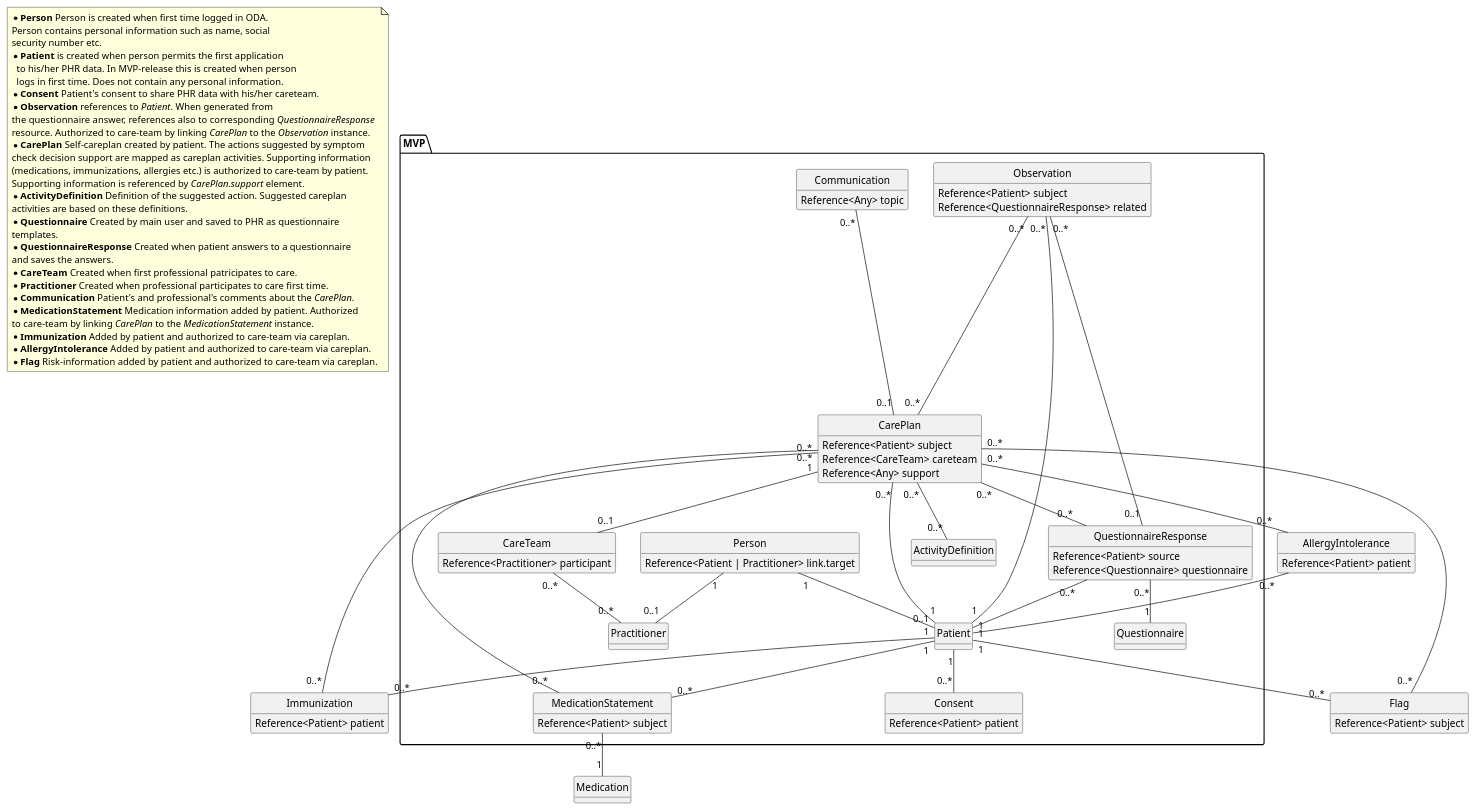
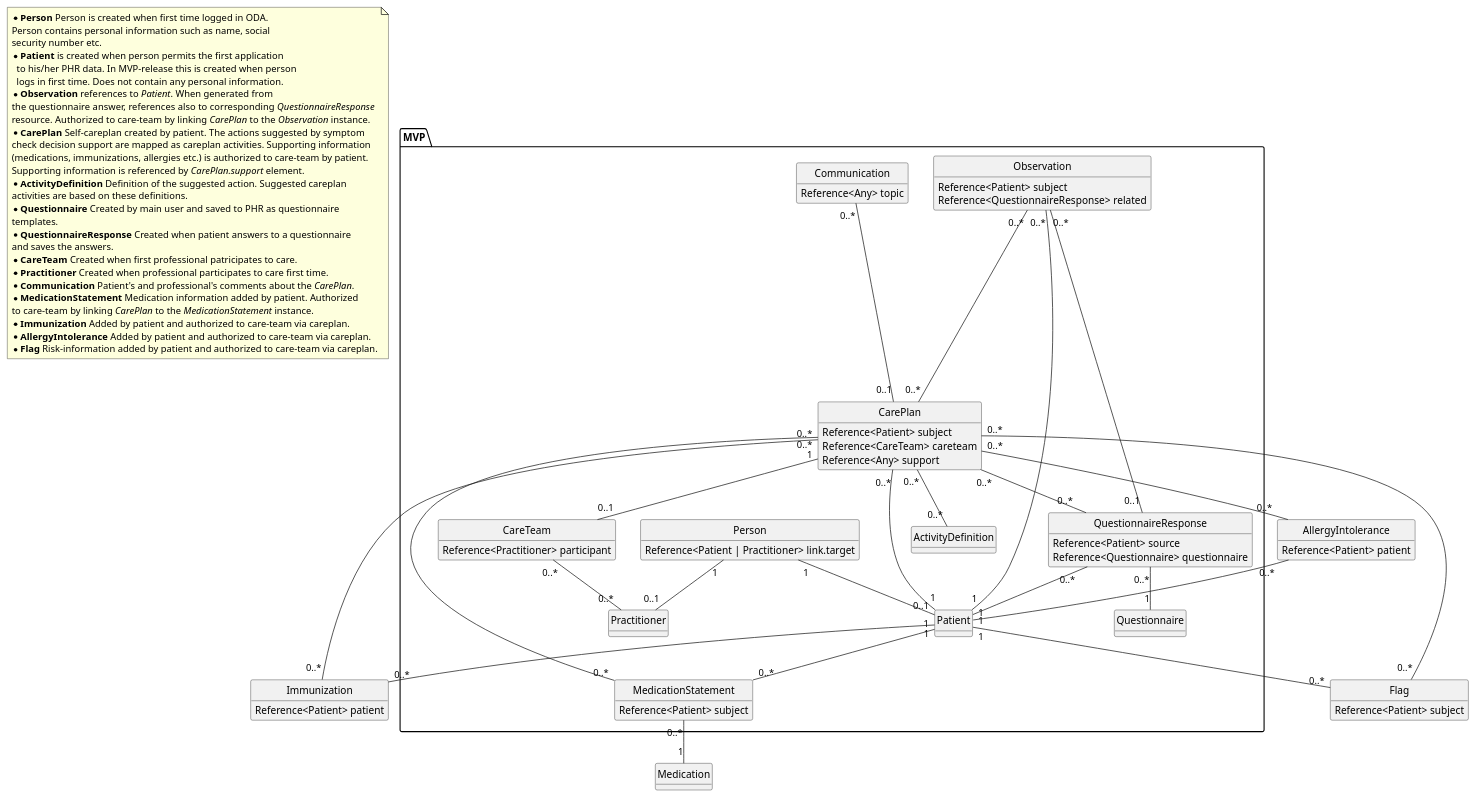
The diagram in ODA-PHR-Datamodel.plantuml (omahoito/rfc), drawn with PlantUML before and after one commit.

Commit message:
Consent removed

```diff
--- a/ODA-PHR-Datamodel.plantuml
+++ b/ODA-PHR-Datamodel.plantuml
@@ -1,127 +1,121 @@
 @startuml
 
 set namespaceSeparator ::
 
 note as N1
 * <b>Person</b> Person is created when first time logged in ODA. 
 Person contains personal information such as name, social 
 security number etc.
 * <b>Patient</b> is created when person permits the first application
   to his/her PHR data. In MVP-release this is created when person 
   logs in first time. Does not contain any personal information.
-* <b>Consent</b> Patient's consent to share PHR data with his/her careteam.
 * <b>Observation</b> references to <i>Patient</i>. When generated from
 the questionnaire answer, references also to corresponding <i>QuestionnaireResponse</i> 
 resource. Authorized to care-team by linking <i>CarePlan</i> to the <i>Observation</i> instance.
 * <b>CarePlan</b> Self-careplan created by patient. The actions suggested by symptom 
 check decision support are mapped as careplan activities. Supporting information 
 (medications, immunizations, allergies etc.) is authorized to care-team by patient. 
 Supporting information is referenced by <i>CarePlan.support</i> element.
 * <b>ActivityDefinition</b> Definition of the suggested action. Suggested careplan 
 activities are based on these definitions. 
 * <b>Questionnaire</b> Created by main user and saved to PHR as questionnaire 
 templates.
 * <b>QuestionnaireResponse</b> Created when patient answers to a questionnaire 
 and saves the answers.
 * <b>CareTeam</b> Created when first professional patricipates to care.
 * <b>Practitioner</b> Created when professional participates to care first time.
 * <b>Communication</b> Patient's and professional's comments about the <i>CarePlan</i>.
 * <b>MedicationStatement</b> Medication information added by patient. Authorized 
 to care-team by linking <i>CarePlan</i> to the <i>MedicationStatement</i> instance.
 * <b>Immunization</b> Added by patient and authorized to care-team via careplan.
 * <b>AllergyIntolerance</b> Added by patient and authorized to care-team via careplan.
 * <b>Flag</b> Risk-information added by patient and authorized to care-team via careplan.
   end note
 
-class MVP::Consent {
-Reference<Patient> patient
-}
 
 class MVP::Person {
 Reference<Patient | Practitioner> link.target
 }
 class MVP::Patient
 class MVP::Observation {
 Reference<Patient> subject
 Reference<QuestionnaireResponse> related
 }
 class MVP::CarePlan {
 Reference<Patient> subject
 Reference<CareTeam> careteam
 Reference<Any> support
 }
 class MVP::Questionnaire
 class MVP::QuestionnaireResponse {
 Reference<Patient> source
 Reference<Questionnaire> questionnaire
 }
 class MVP::CareTeam {
 'Reference<Patient> subject
 Reference<Practitioner> participant
 }
 class MVP::Practitioner {
 	
 }
 class MVP::Communication {
 Reference<Any> topic
 }
 
 class AllergyIntolerance {
 Reference<Patient> patient
 }
 
 class Immunization {
 Reference<Patient> patient
 }
 
 class MVP::MedicationStatement {
 Reference<Patient> subject
 }
 
 class Flag {
 Reference<Patient> subject
 }
 
 class MVP::ActivityDefinition {
 
 }
 
 class Medication
 
 hide methods
 hide circle
 
 MVP::Person "1"--"0..1" MVP::Patient
 MVP::Person "1"--"0..1" MVP::Practitioner
 
 MVP::CarePlan "0..*"--"1" MVP::Patient
 MVP::CarePlan "1"--"0..1" MVP::CareTeam
 MVP::CarePlan "0..*"--"0..*" MVP::QuestionnaireResponse
 MVP::CarePlan "0..*"--"0..*" AllergyIntolerance
 MVP::CarePlan "0..*"--"0..*" MVP::MedicationStatement
 MVP::CarePlan "0..*"--"0..*" Immunization
 MVP::CarePlan "0..*"--"0..*" Flag
 MVP::CarePlan "0..*"--"0..*" MVP::ActivityDefinition
 
 MVP::CareTeam "0..*"--"0..*" MVP::Practitioner 
 'MVP::CareTeam "0..*"--"1" MVP::Patient
 
 MVP::Observation "0..*"--"0..*" MVP::CarePlan
 MVP::Observation "0..*"--"1" MVP::Patient
 MVP::Observation "0..*"--"0..1" MVP::QuestionnaireResponse
 
 MVP::QuestionnaireResponse "0..*"--"1" MVP::Patient
 MVP::QuestionnaireResponse "0..*"--"1" MVP::Questionnaire
 
 MVP::Communication "0..*" -- "0..1" MVP::CarePlan
 
 AllergyIntolerance "0..*" -- "1" MVP::Patient
 MVP::Patient "1"--"0..*" MVP::MedicationStatement
 MVP::Patient "1"--"0..*" Immunization
 MVP::Patient "1"--"0..*" Flag
 
-MVP::Consent "0..*"-up-"1" MVP::Patient
-
 MVP::MedicationStatement "0..*" -- "1" Medication
 
 @enduml
```
